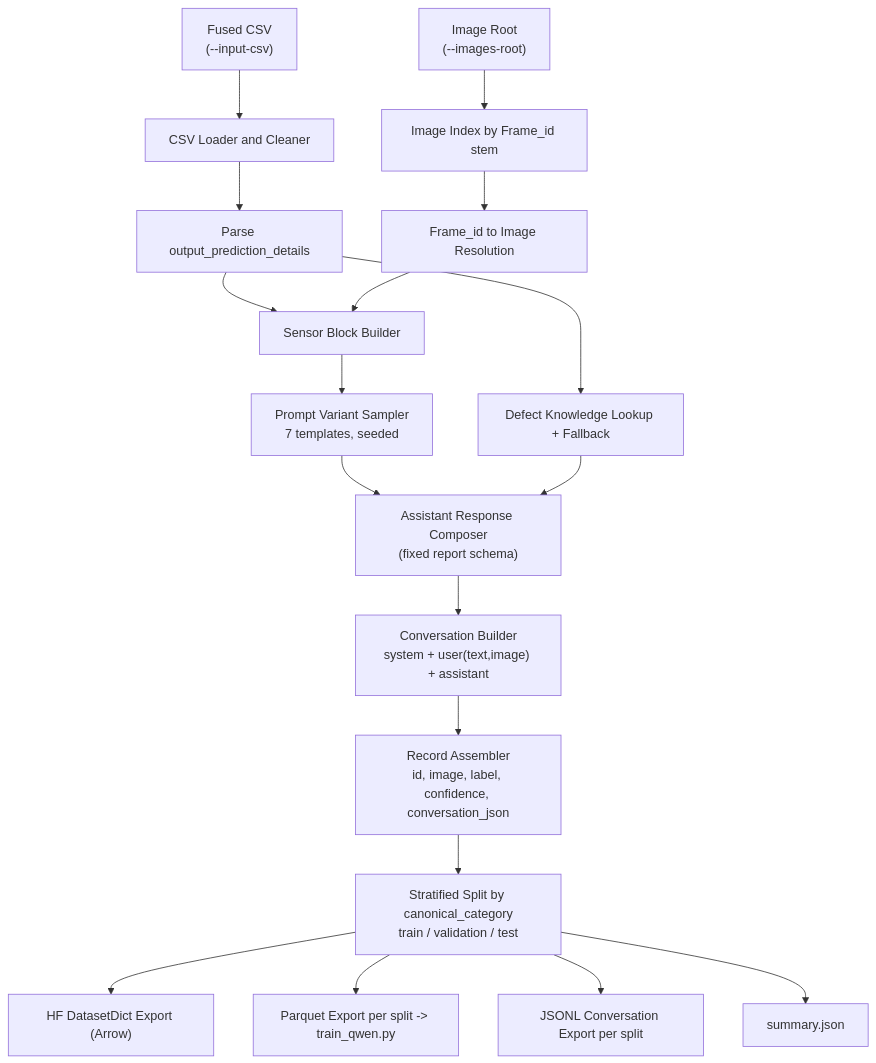
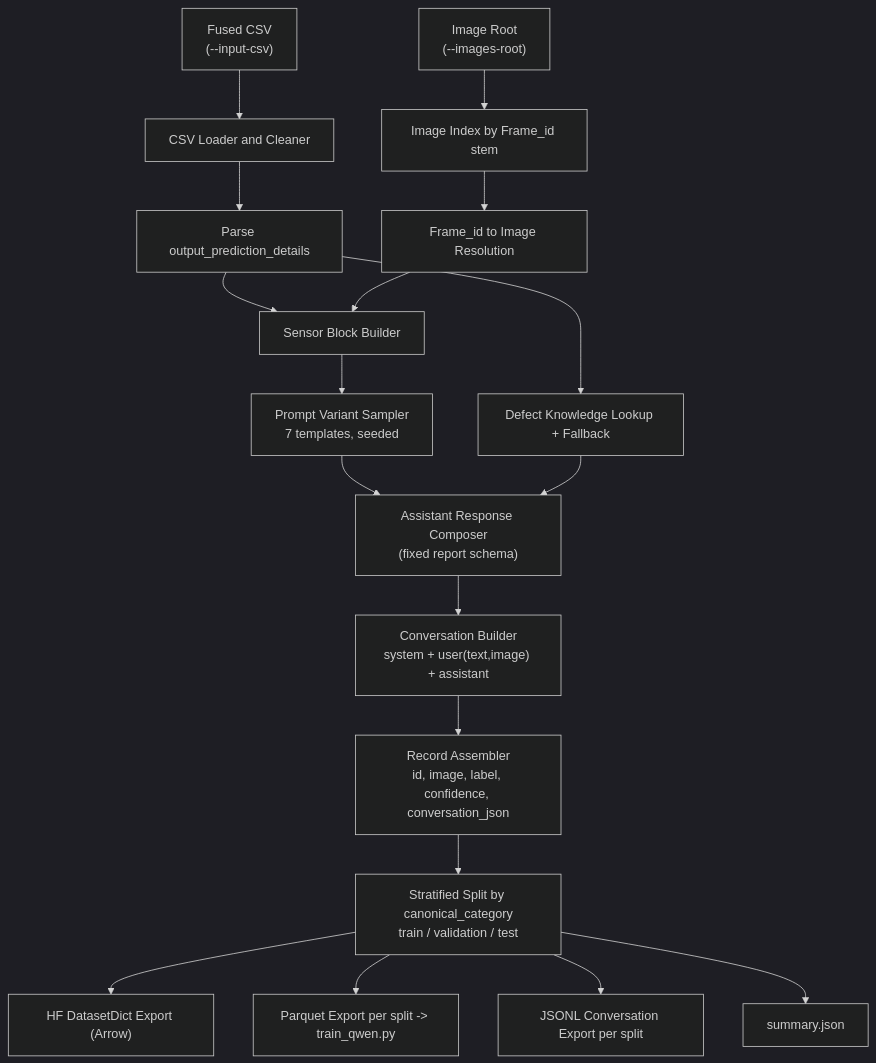
Before and after one commit to yogeshmpandey/edge-ai-suites: the diagram in manufacturing-ai-suite/industrial-edge-insights-multimodal/docs/user-guide/how-to-guides/how-to-fine-tune-vlm-weld-usecase.md, drawn with Mermaid. The commit also changed other lines of this file and 12 other files, not shown here.

Commit message:
[DOCS][IEI] Update diagrams for readability - 26.2 (#4151)

````diff
--- a/manufacturing-ai-suite/industrial-edge-insights-multimodal/docs/user-guide/how-to-guides/how-to-fine-tune-vlm-weld-usecase.md
+++ b/manufacturing-ai-suite/industrial-edge-insights-multimodal/docs/user-guide/how-to-guides/how-to-fine-tune-vlm-weld-usecase.md
@@ -296,25 +296,28 @@
 ```mermaid
+---
+config: {"theme": "dark"}
+---
 flowchart TD
-    A["Fused CSV\n(--input-csv)"] --> B["CSV Loader and Cleaner"]
-    I["Image Root\n(--images-root)"] --> C["Image Index by Frame_id stem"]
+    A["Fused CSV</br>(--input-csv)"] --> B["CSV Loader and Cleaner"]
+    I["Image Root</br>(--images-root)"] --> C["Image Index by Frame_id stem"]
 
     B --> D["Parse output_prediction_details"]
     C --> E["Frame_id to Image Resolution"]
     D --> F["Sensor Block Builder"]
     E --> F
 
-    F --> G["Prompt Variant Sampler\n7 templates, seeded"]
+    F --> G["Prompt Variant Sampler</br>7 templates, seeded"]
     D --> H["Defect Knowledge Lookup + Fallback"]
 
-    G --> J["Assistant Response Composer\n(fixed report schema)"]
+    G --> J["Assistant Response Composer</br>(fixed report schema)"]
     H --> J
 
-    J --> K["Conversation Builder\nsystem + user(text,image) + assistant"]
-    K --> L["Record Assembler\nid, image, label, confidence, conversation_json"]
-    L --> M["Stratified Split by canonical_category\ntrain / validation / test"]
+    J --> K["Conversation Builder</br>system + user(text,image) + assistant"]
+    K --> L["Record Assembler</br>id, image, label, confidence, conversation_json"]
+    L --> M["Stratified Split by canonical_category</br>train / validation / test"]
 
     M --> N["HF DatasetDict Export (Arrow)"]
     M --> O["Parquet Export per split -> train_qwen.py"]
     M --> P["JSONL Conversation Export per split"]
     M --> Q["summary.json"]
 ```
````
